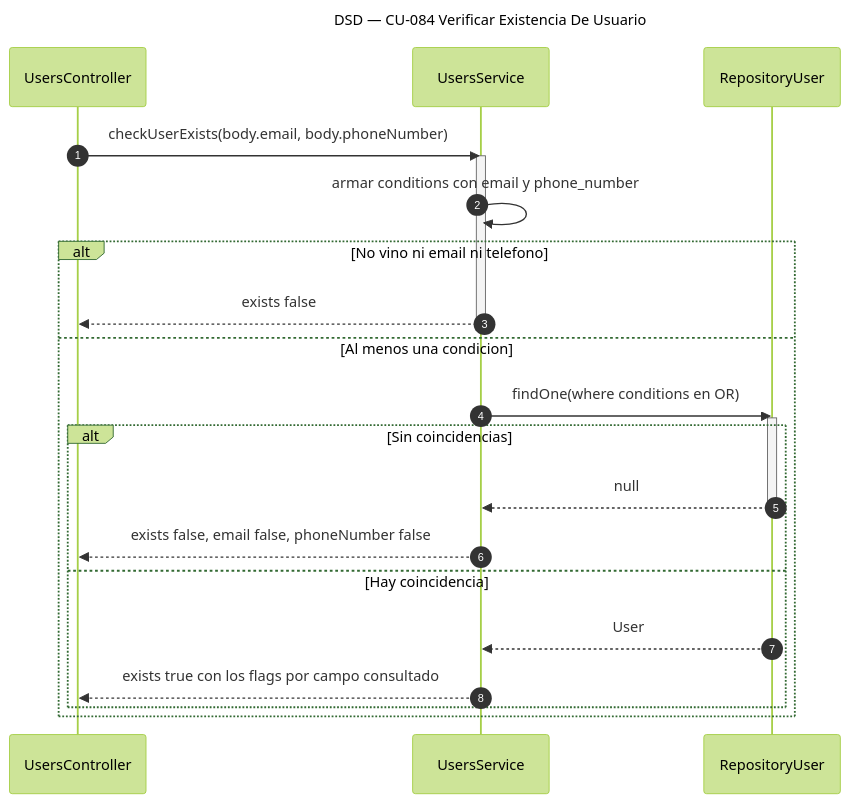
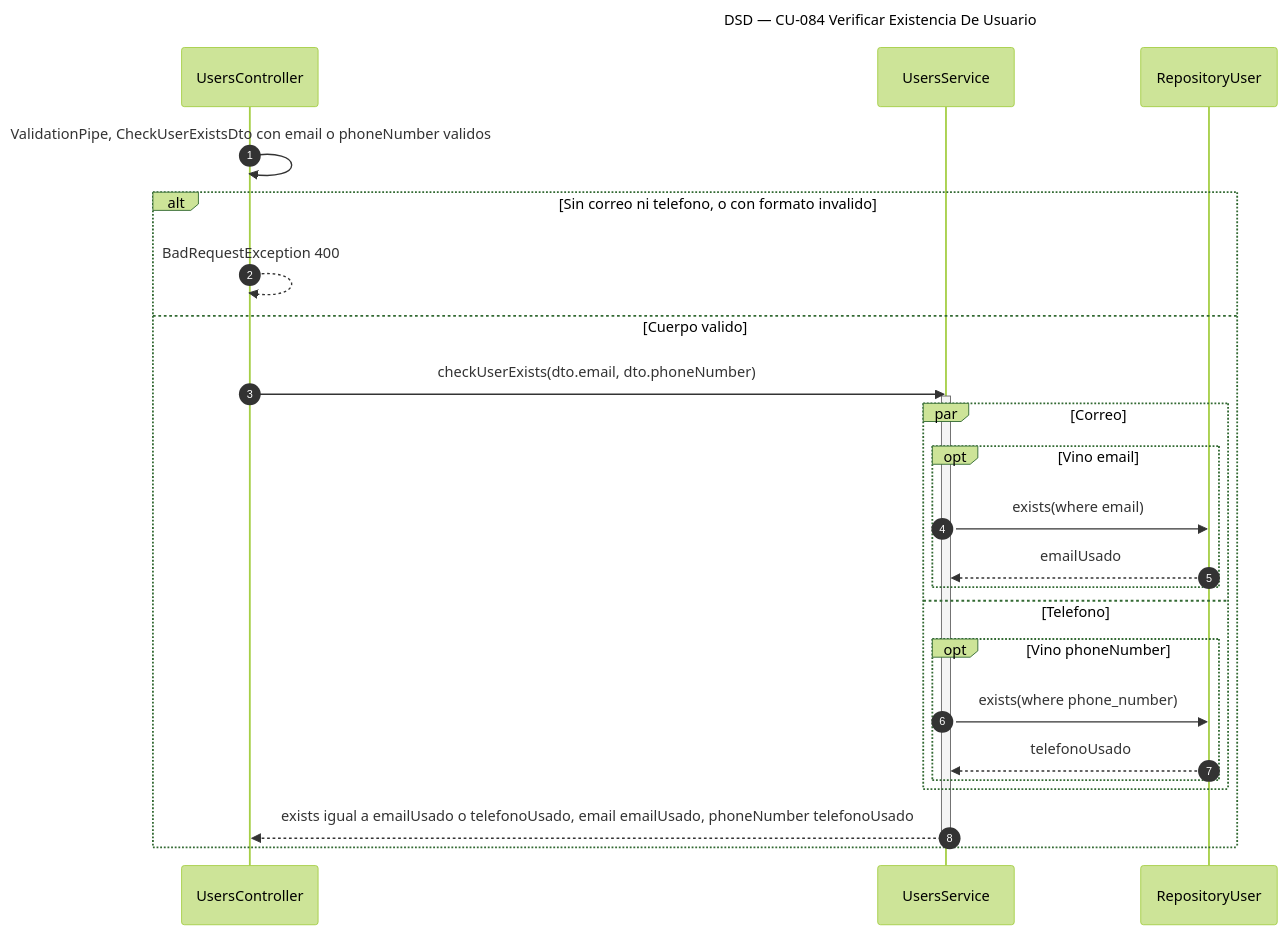
Before and after one commit to Nahuelito-Dev/splg-docs: the diagram in diagramas/DSD_CU-084_Verificar-Existencia-De-Usuario.mmd, drawn with Mermaid (forest theme). The commit also changed 53 other files, not shown here.

```diff
--- a/diagramas/DSD_CU-084_Verificar-Existencia-De-Usuario.mmd
+++ b/diagramas/DSD_CU-084_Verificar-Existencia-De-Usuario.mmd
@@ -1,25 +1,27 @@
 sequenceDiagram
     title DSD — CU-084 Verificar Existencia De Usuario
     autonumber
     participant CTRL as UsersController
     participant SRV as UsersService
     participant REP as RepositoryUser
 
-    CTRL->>SRV: checkUserExists(body.email, body.phoneNumber)
-    activate SRV
-    SRV->>SRV: armar conditions con email y phone_number
-    alt No vino ni email ni telefono
-        SRV-->>CTRL: exists false
+    CTRL->>CTRL: ValidationPipe, CheckUserExistsDto con email o phoneNumber validos
+    alt Sin correo ni telefono, o con formato invalido
+        CTRL-->>CTRL: BadRequestException 400
+    else Cuerpo valido
+        CTRL->>SRV: checkUserExists(dto.email, dto.phoneNumber)
+        activate SRV
+        par Correo
+            opt Vino email
+                SRV->>REP: exists(where email)
+                REP-->>SRV: emailUsado
+            end
+        and Telefono
+            opt Vino phoneNumber
+                SRV->>REP: exists(where phone_number)
+                REP-->>SRV: telefonoUsado
+            end
+        end
+        SRV-->>CTRL: exists igual a emailUsado o telefonoUsado, email emailUsado, phoneNumber telefonoUsado
         deactivate SRV
-    else Al menos una condicion
-        SRV->>REP: findOne(where conditions en OR)
-        activate REP
-        alt Sin coincidencias
-            REP-->>SRV: null
-            deactivate REP
-            SRV-->>CTRL: exists false, email false, phoneNumber false
-        else Hay coincidencia
-            REP-->>SRV: User
-            SRV-->>CTRL: exists true con los flags por campo consultado
-        end
     end
```
